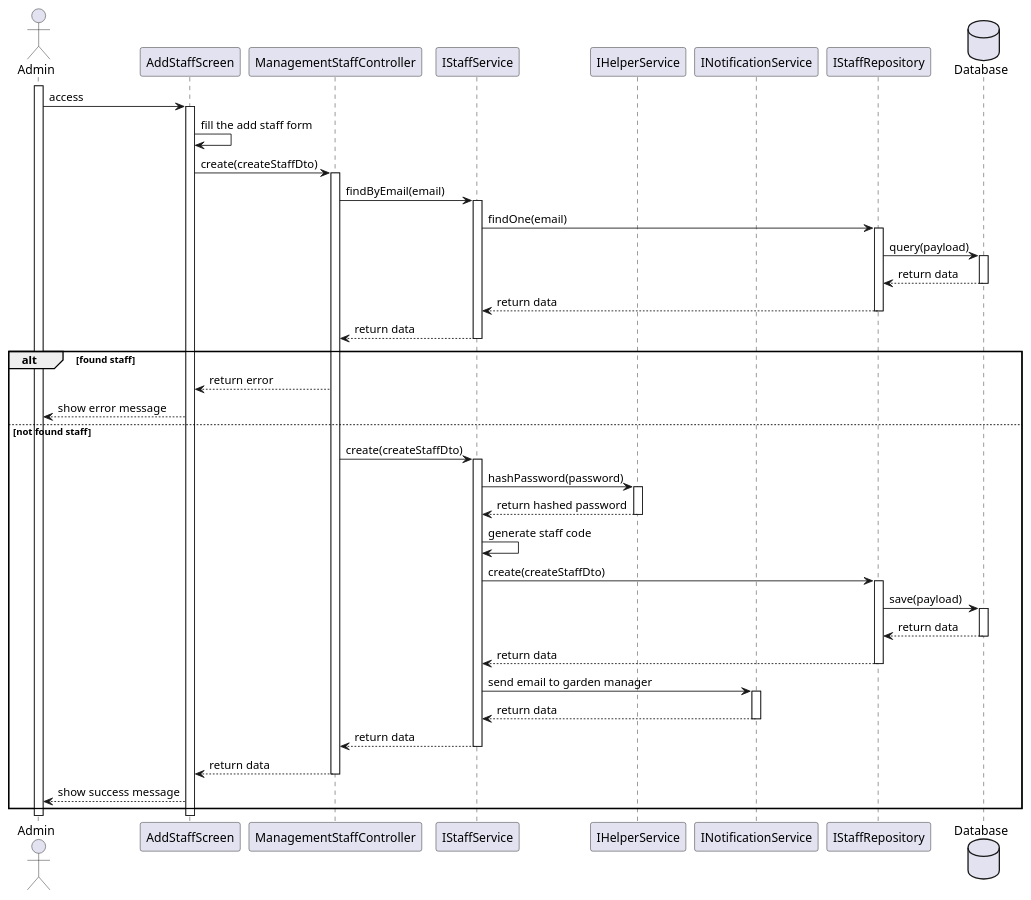
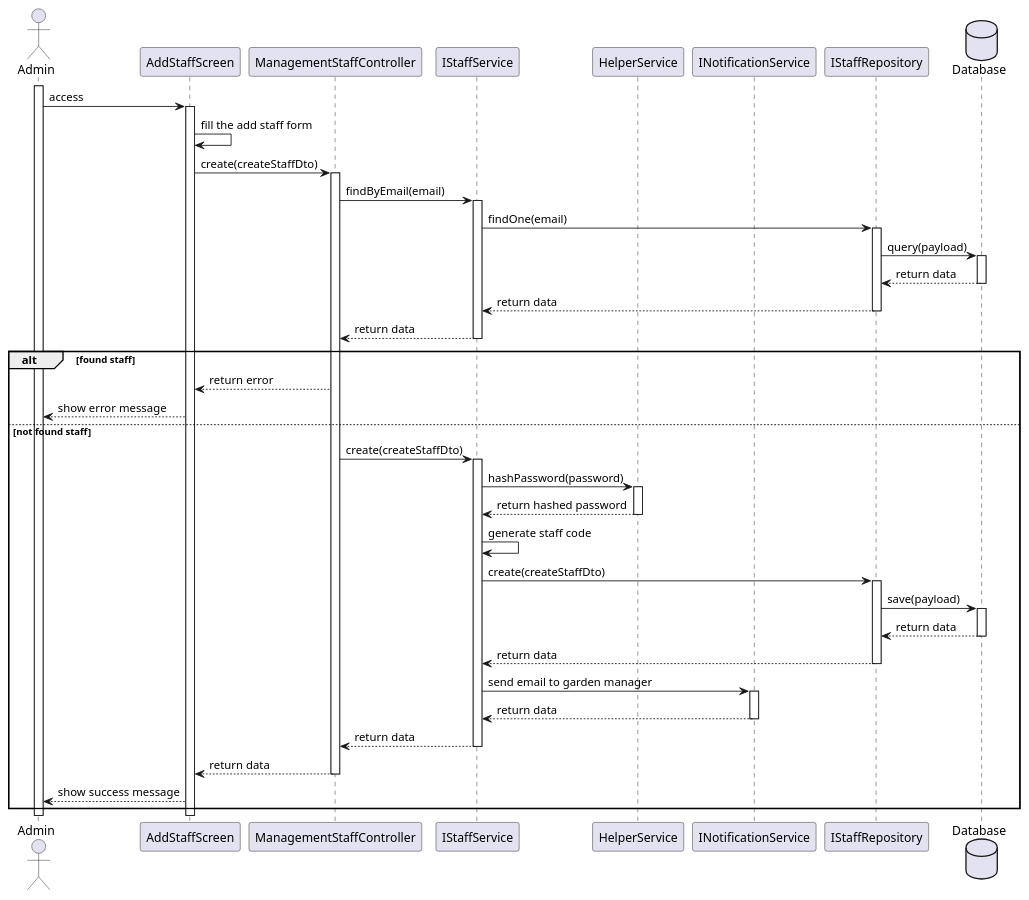
One commit to Deco-Team/orchidify-api changed the diagram in .plantuml/sequence-diagram/Add Staff.plantuml. Above: the diagram before and after it, drawn with PlantUML. The commit also changed 8 other files, not shown here.

Commit message:
class diagram: attendance, auth, certificate, feedback, garden

```diff
--- a/.plantuml/sequence-diagram/Add Staff.plantuml
+++ b/.plantuml/sequence-diagram/Add Staff.plantuml
@@ -1,60 +1,60 @@
 @startuml
 
 actor Admin
 participant AddStaffScreen
 participant ManagementStaffController
 participant IStaffService
-participant IHelperService
+participant HelperService
 participant INotificationService
 participant IStaffRepository
 database Database
 
 activate Admin
 Admin -> AddStaffScreen: access
 activate AddStaffScreen
 AddStaffScreen -> AddStaffScreen: fill the add staff form
 AddStaffScreen -> ManagementStaffController: create(createStaffDto)
 activate ManagementStaffController
 ManagementStaffController -> IStaffService: findByEmail(email)
 activate IStaffService
 IStaffService -> IStaffRepository: findOne(email)
 activate IStaffRepository
 IStaffRepository -> Database: query(payload)
 activate Database
 Database --> IStaffRepository: return data
 deactivate Database
 IStaffRepository --> IStaffService: return data
 deactivate IStaffRepository
 IStaffService --> ManagementStaffController: return data
 deactivate IStaffService
 alt found staff
     ManagementStaffController --> AddStaffScreen: return error
     AddStaffScreen --> Admin: show error message
 else not found staff
     ManagementStaffController -> IStaffService: create(createStaffDto)
     activate IStaffService
-    IStaffService -> IHelperService: hashPassword(password)
-    activate IHelperService
-    IHelperService --> IStaffService: return hashed password
-    deactivate IHelperService
+    IStaffService -> HelperService: hashPassword(password)
+    activate HelperService
+    HelperService --> IStaffService: return hashed password
+    deactivate HelperService
     IStaffService -> IStaffService: generate staff code
     IStaffService -> IStaffRepository: create(createStaffDto)
     activate IStaffRepository
     IStaffRepository -> Database: save(payload)
     activate Database
     Database --> IStaffRepository: return data
     deactivate Database
     IStaffRepository --> IStaffService: return data
     deactivate IStaffRepository
     IStaffService -> INotificationService: send email to garden manager
     activate INotificationService
     INotificationService --> IStaffService: return data
     deactivate INotificationService
     IStaffService --> ManagementStaffController: return data
     deactivate IStaffService
     ManagementStaffController --> AddStaffScreen: return data
     deactivate ManagementStaffController
     AddStaffScreen --> Admin: show success message
 end
 
 @enduml
```
